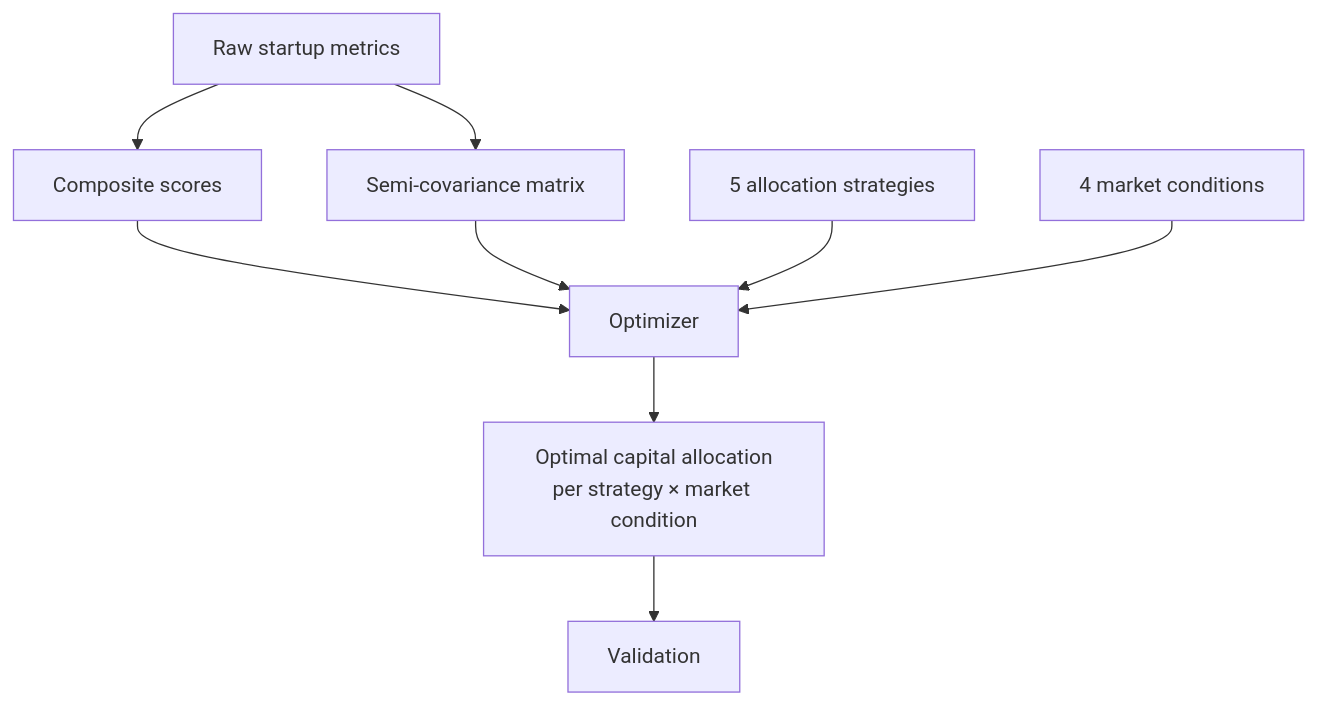
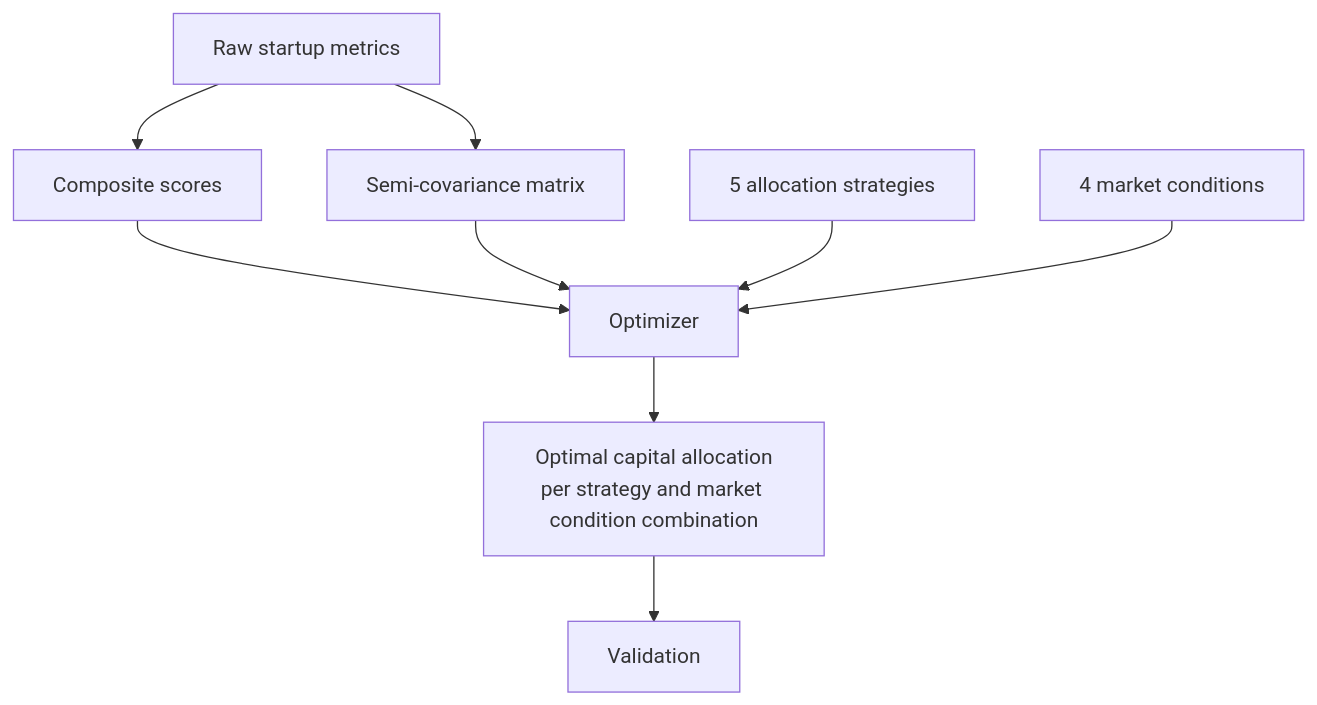
The diagram in README.md (jqin206/portfolio-optimization), drawn with Mermaid before and after one commit.

Commit message:
edit model flow diagram

````diff
--- a/README.md
+++ b/README.md
@@ -15,13 +15,13 @@
 ```mermaid
 flowchart TD
     A["Raw startup metrics"] --> B["Composite scores"]
     A --> C["Semi-covariance matrix"]
 
     B --> E["Optimizer"]
     C --> E
     D1["5 allocation strategies"] --> E
     D2["4 market conditions"] --> E
 
-    E --> F["Optimal capital allocation<br/>per strategy × market condition"]
+    E --> F["Optimal capital allocation<br/>per strategy and market condition combination"]
     F --> G["Validation"]
 ```
````
